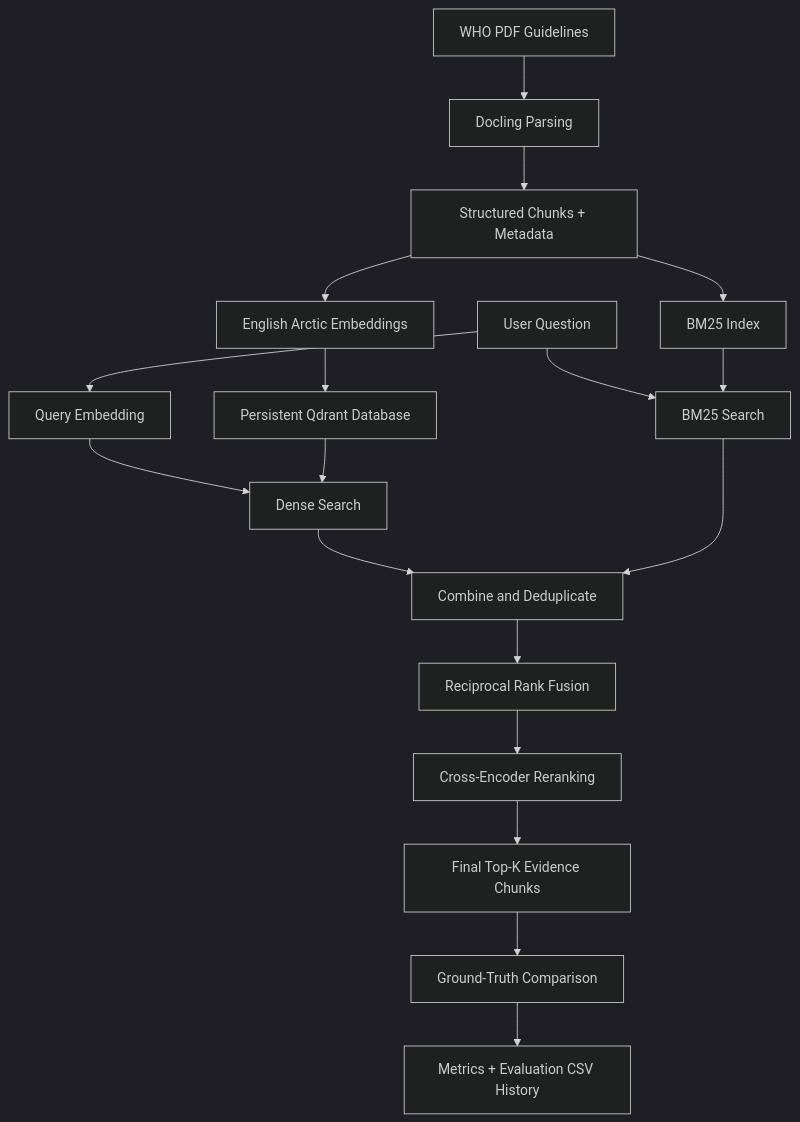
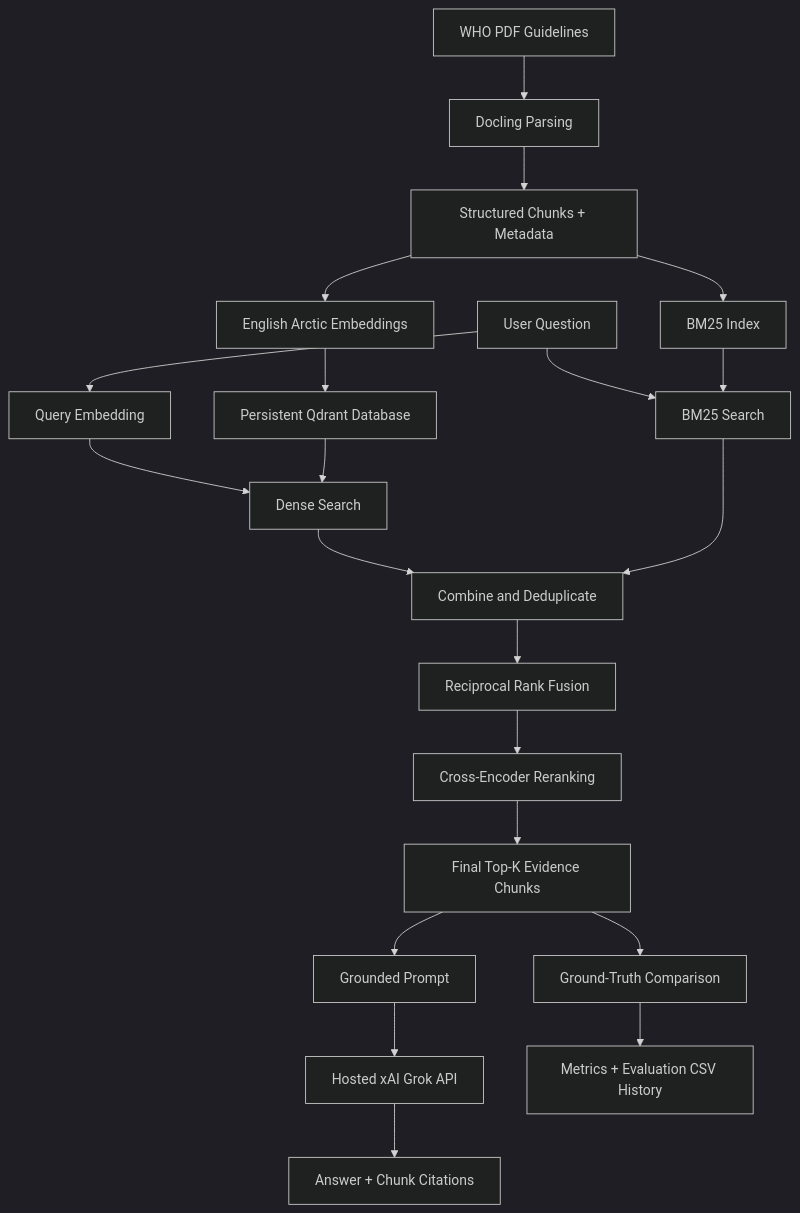
One commit to Saad-Naeem-891/hypertension-RAG changed the diagram in SETUP_AND_RUN.md. Above: the diagram before and after it, drawn with Mermaid (dark theme). The commit also changed other lines of this file, not shown here.

Commit message:
feat: Update setup guide to include xAI Grok API configuration and usage instructions

````diff
--- a/SETUP_AND_RUN.md
+++ b/SETUP_AND_RUN.md
@@ -8,24 +8,28 @@
 ```mermaid
 flowchart TD
     A["WHO PDF Guidelines"] --> B["Docling Parsing"]
     B --> C["Structured Chunks + Metadata"]
     C --> D["English Arctic Embeddings"]
     D --> E["Persistent Qdrant Database"]
     C --> F["BM25 Index"]
 
     Q["User Question"] --> G["Query Embedding"]
     G --> H["Dense Search"]
     E --> H
 
     Q --> I["BM25 Search"]
     F --> I
 
     H --> J["Combine and Deduplicate"]
     I --> J
     J --> K["Reciprocal Rank Fusion"]
     K --> L["Cross-Encoder Reranking"]
     L --> M["Final Top-K Evidence Chunks"]
 
+    M --> P["Grounded Prompt"]
+    P --> R["Hosted xAI Grok API"]
+    R --> S["Answer + Chunk Citations"]
+
     M --> N["Ground-Truth Comparison"]
     N --> O["Metrics + Evaluation CSV History"]
 ```
````
